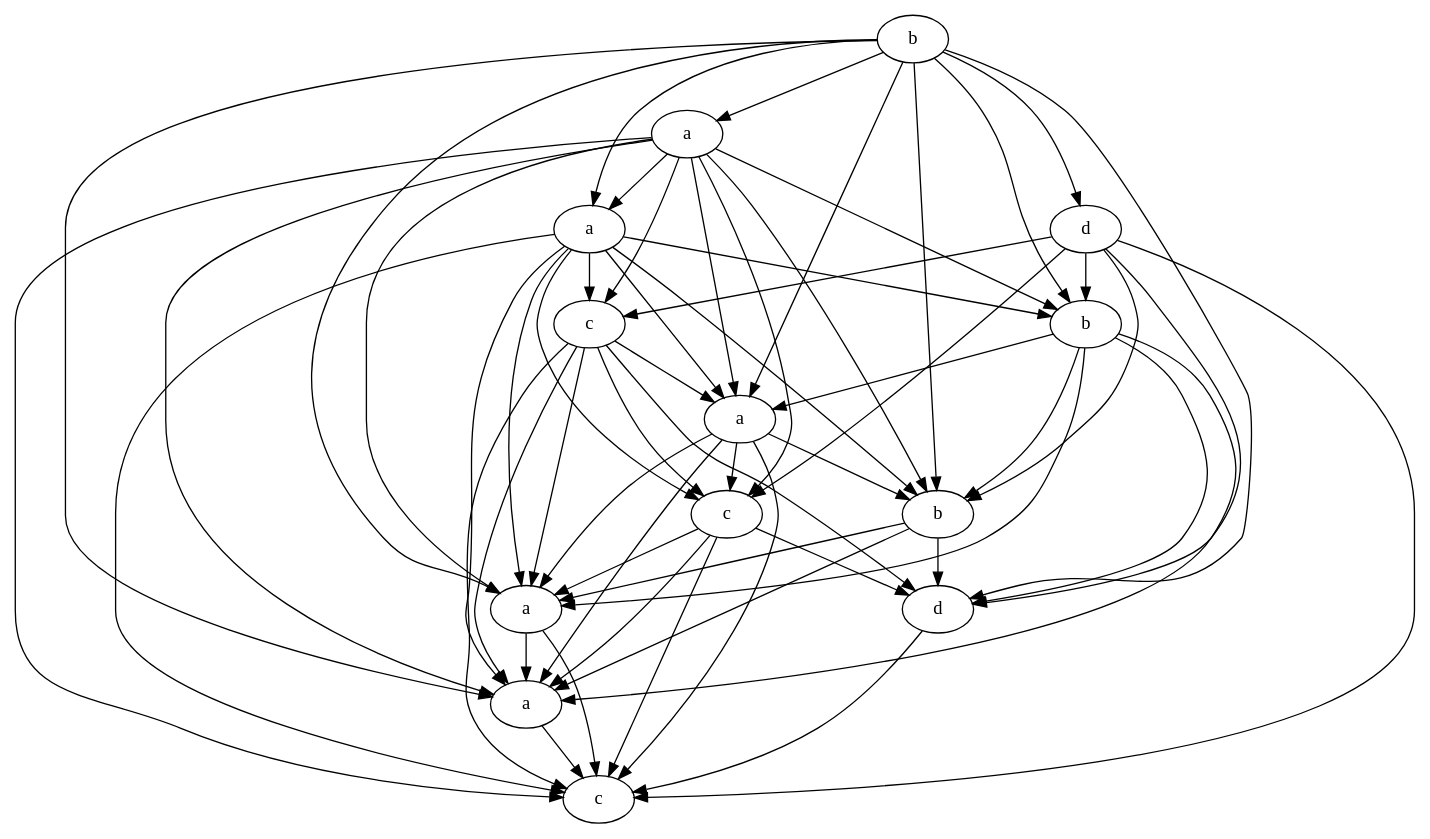
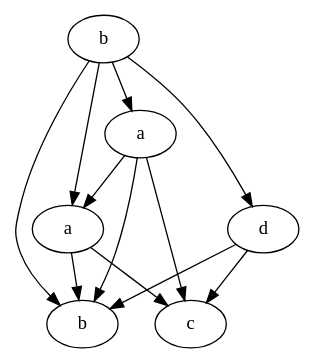
The diagram in output/graph_diekert.gv (Mielecki/Traces), drawn with Graphviz before and after one commit. The commit also changed 12 other files, not shown here.

```diff
--- a/output/graph_diekert.gv
+++ b/output/graph_diekert.gv
@@ -1,74 +1,19 @@
 digraph graphname {
-c1 [label="c"]
-a3 [label="a"]
-c2 [label="c"]
+b1 [label="b"]
 b0 [label="b"]
+a0 [label="a"]
 a1 [label="a"]
+d0 [label="d"]
 c0 [label="c"]
-a2 [label="a"]
-b2 [label="b"]
-a0 [label="a"]
-d0 [label="d"]
-b1 [label="b"]
-a4 [label="a"]
-d1 [label="d"]
-a0 -> a1;
-a0 -> c0;
-a0 -> b1;
-a0 -> a2;
-a0 -> b2;
-a0 -> c1;
-a0 -> a3;
-a0 -> a4;
-a0 -> c2;
-d0 -> c0;
-d0 -> b1;
-d0 -> b2;
-d0 -> c1;
-d0 -> d1;
-d0 -> c2;
-b1 -> a2;
-b1 -> b2;
-b1 -> a3;
-b1 -> a4;
-b1 -> d1;
-a4 -> c2;
-d1 -> c2;
-a3 -> a4;
-a3 -> c2;
 b0 -> a0;
 b0 -> a1;
 b0 -> d0;
 b0 -> b1;
-b0 -> a2;
-b0 -> b2;
-b0 -> a3;
-b0 -> a4;
-b0 -> d1;
+a0 -> a1;
+a0 -> c0;
+a0 -> b1;
 a1 -> c0;
 a1 -> b1;
-a1 -> a2;
-a1 -> b2;
-a1 -> c1;
-a1 -> a3;
-a1 -> a4;
-a1 -> c2;
-c0 -> a2;
-c0 -> c1;
-c0 -> a3;
-c0 -> a4;
-c0 -> d1;
-c0 -> c2;
-a2 -> b2;
-a2 -> c1;
-a2 -> a3;
-a2 -> a4;
-a2 -> c2;
-b2 -> a3;
-b2 -> a4;
-b2 -> d1;
-c1 -> a3;
-c1 -> a4;
-c1 -> d1;
-c1 -> c2;
+d0 -> c0;
+d0 -> b1;
 }
```
